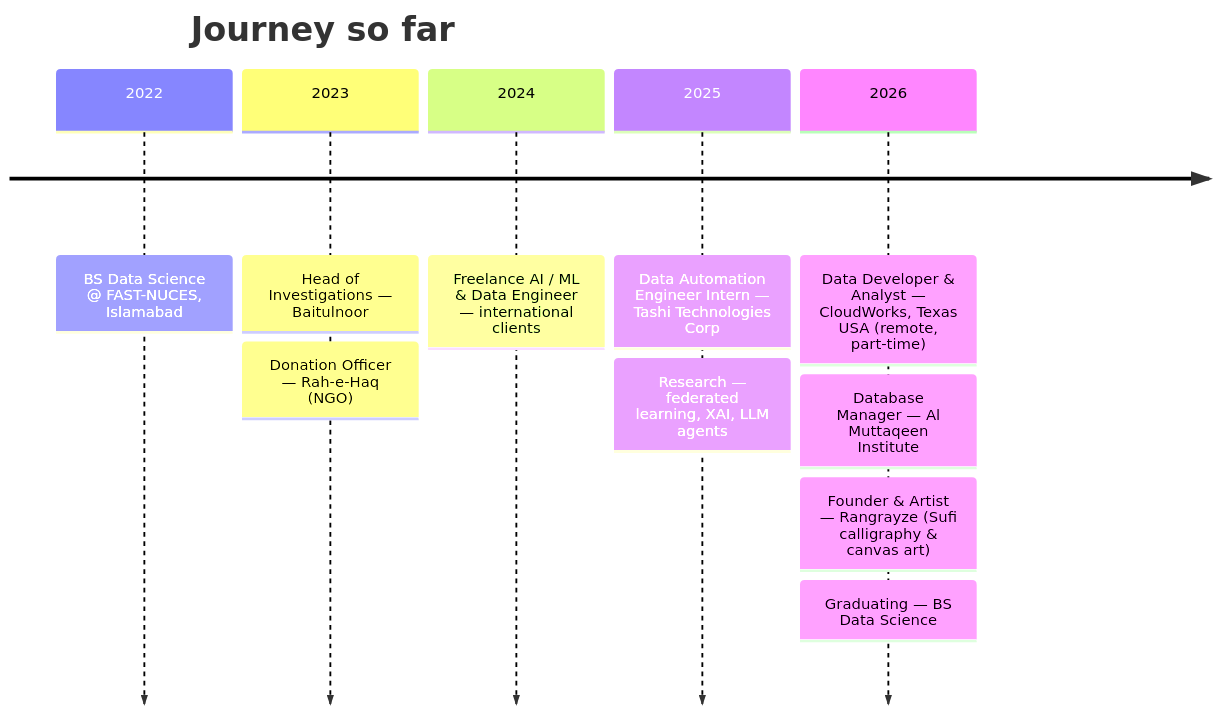
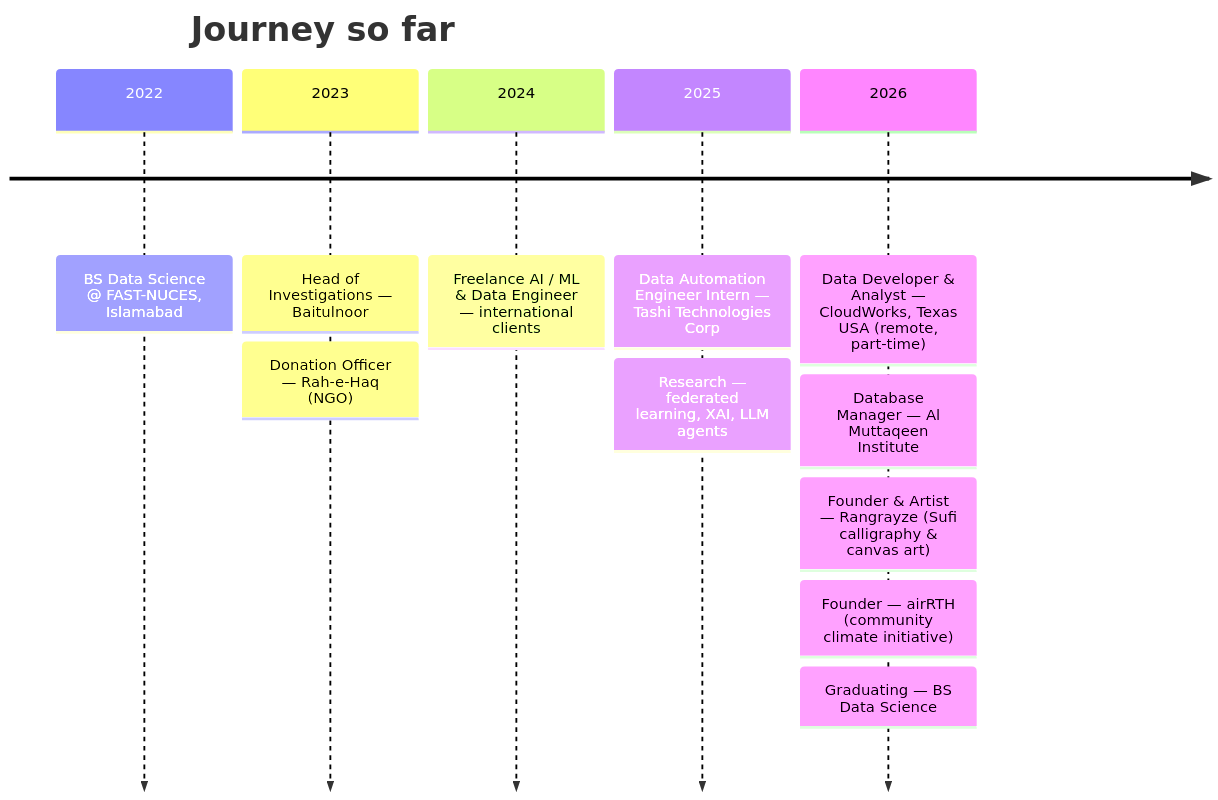
One commit to laiba-mazhar/laiba-mazhar changed the diagram in README.md. Above: the diagram before and after it, drawn with Mermaid. The commit also changed other lines of this file, not shown here.

Commit message:
Add airRTH climate initiative to experience and highlights

````diff
--- a/README.md
+++ b/README.md
@@ -238,14 +239,15 @@
 ```mermaid
 timeline
     title Journey so far
     2022 : BS Data Science @ FAST-NUCES, Islamabad
     2023 : Head of Investigations — Baitulnoor
          : Donation Officer — Rah-e-Haq (NGO)
     2024 : Freelance AI / ML & Data Engineer — international clients
     2025 : Data Automation Engineer Intern — Tashi Technologies Corp
          : Research — federated learning, XAI, LLM agents
     2026 : Data Developer & Analyst — CloudWorks, Texas USA (remote, part-time)
          : Database Manager — Al Muttaqeen Institute
          : Founder & Artist — Rangrayze (Sufi calligraphy & canvas art)
+         : Founder — airRTH (community climate initiative)
          : Graduating — BS Data Science
 ```
````
